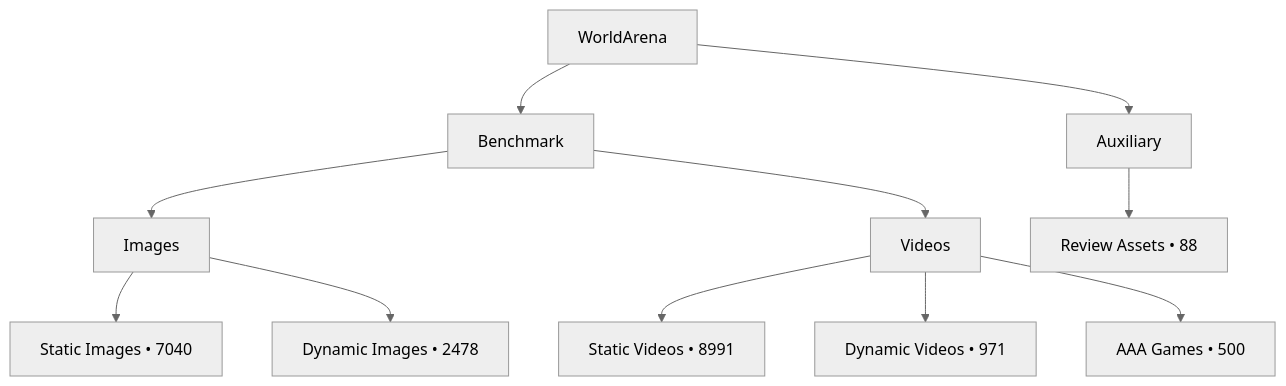
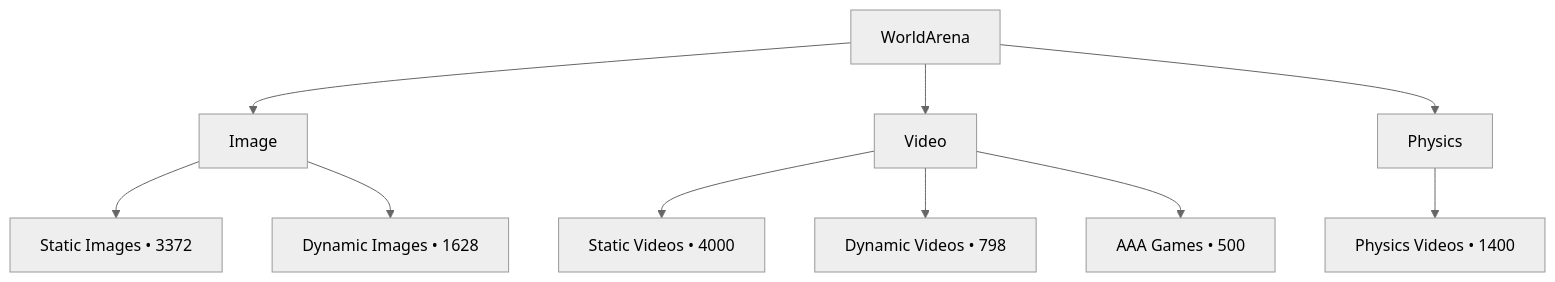
Before and after one commit to OpenEnvision/WorldAtlas: the diagram in docs/en/overview.md, drawn with Mermaid (neutral theme). The commit also changed other lines of this file and 20 other files, not shown here.

````diff
--- a/docs/en/overview.md
+++ b/docs/en/overview.md
@@ -31,14 +31,13 @@
 ```mermaid
 graph TD
   root[WorldArena]
-  root --> benchmark[Benchmark]
-  root --> auxiliary[Auxiliary]
-  benchmark --> images[Images]
-  benchmark --> videos[Videos]
-  images --> static_images[Static Images • 7040]
-  images --> dynamic_images[Dynamic Images • 2478]
-  videos --> static_videos[Static Videos • 8991]
-  videos --> dynamic_videos[Dynamic Videos • 971]
+  root --> images[Image]
+  root --> videos[Video]
+  root --> physics[Physics]
+  images --> static_images[Static Images • 3372]
+  images --> dynamic_images[Dynamic Images • 1628]
+  videos --> static_videos[Static Videos • 4000]
+  videos --> dynamic_videos[Dynamic Videos • 798]
   videos --> aaa_games[AAA Games • 500]
-  auxiliary --> review_assets[Review Assets • 88]
+  physics --> physics_videos[Physics Videos • 1400]
 ```
````
